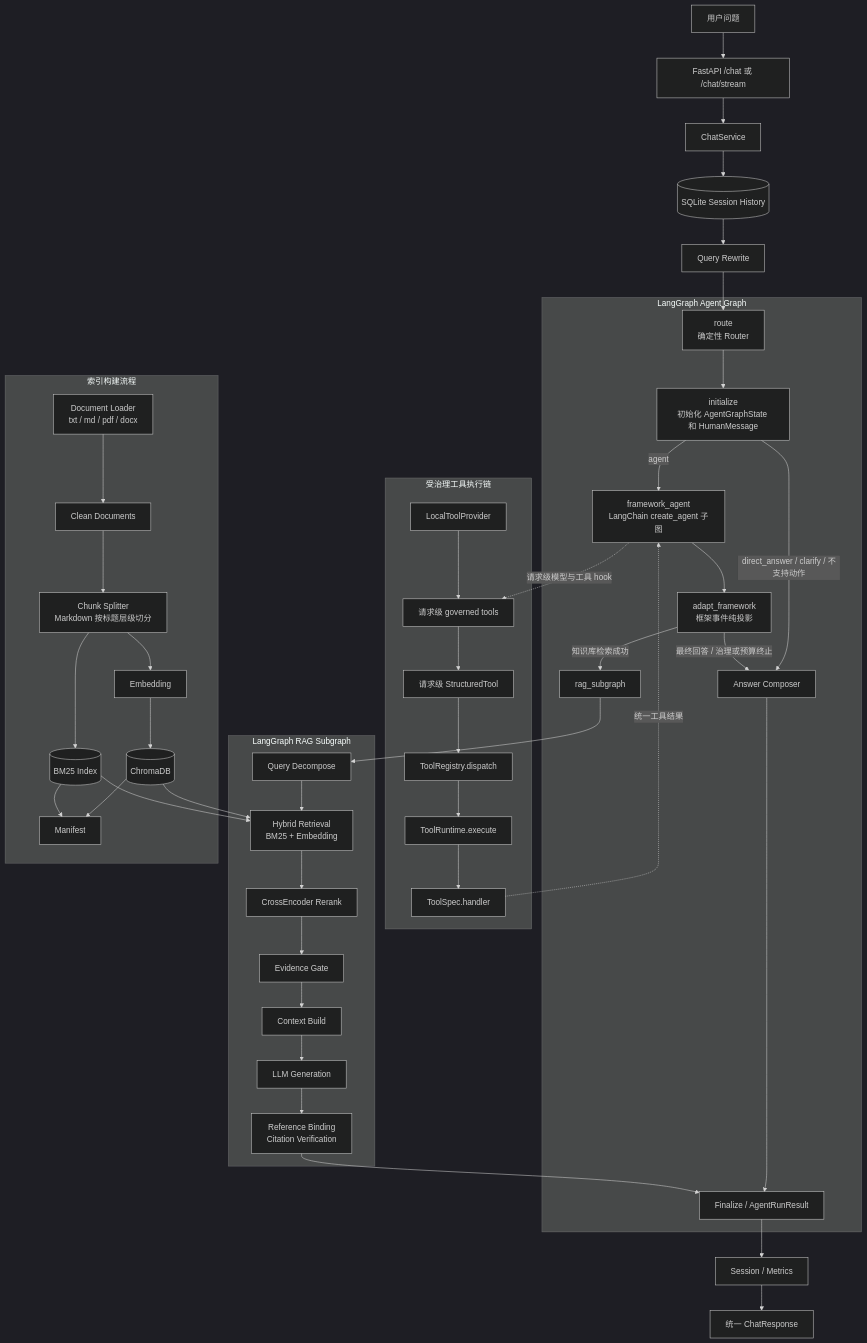
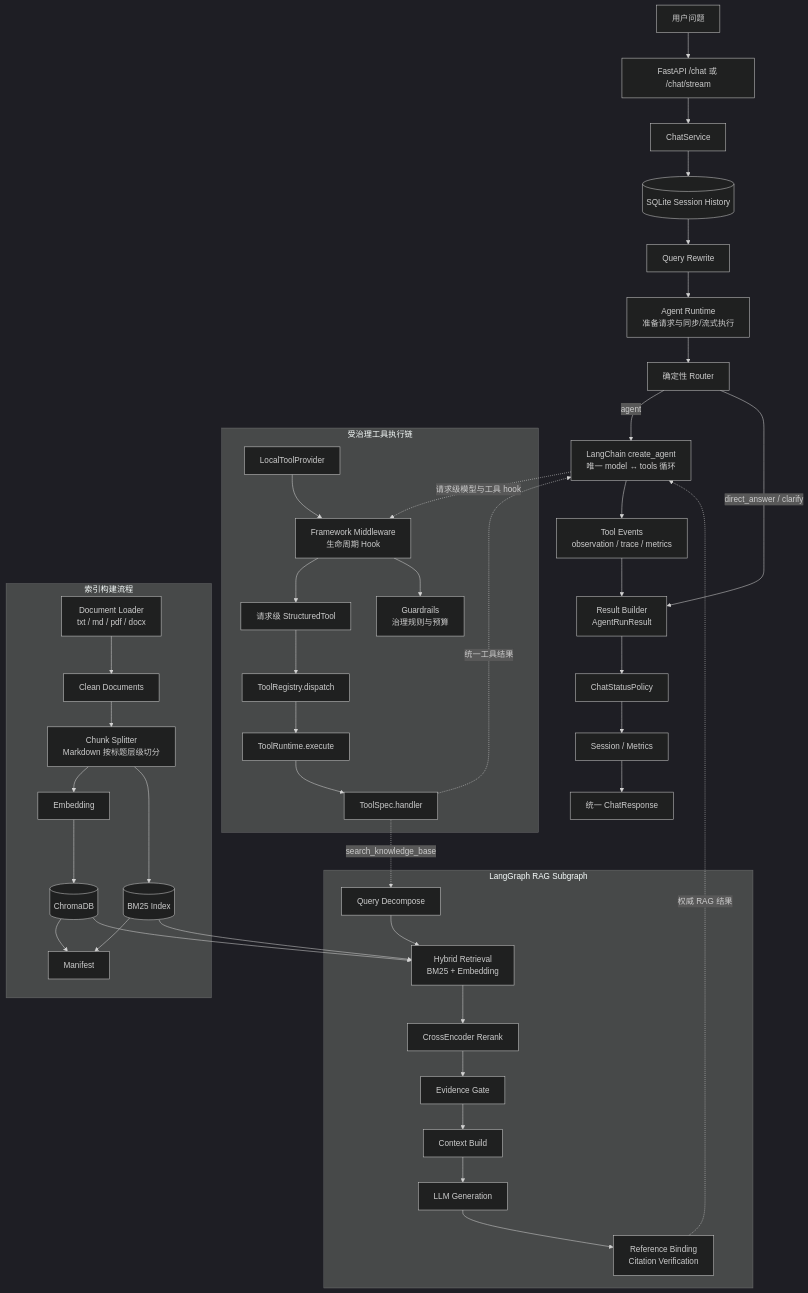
Before and after one commit to LiBoEN123/rag-agent-qa-system: the diagram in README.md, drawn with Mermaid (dark theme). The commit also changed other lines of this file and 19 other files, not shown here.

Commit message:
收紧 Agent Runtime，消除循环依赖，统一 Result 边界

````diff
--- a/README.md
+++ b/README.md
@@ -38,27 +38,10 @@
     Service --> History[(SQLite Session History)]
     History --> Rewrite[Query Rewrite]
 
-    subgraph AgentGraph[LangGraph Agent Graph]
-        Router[route<br/>确定性 Router]
-        Initialize[initialize<br/>初始化 AgentGraphState 和 HumanMessage]
-        FrameworkAgent[framework_agent<br/>LangChain create_agent 子图]
-        FrameworkAdapt[adapt_framework<br/>框架事件纯投影]
-        RAGEntry[rag_subgraph]
-        Composer[Answer Composer]
-        Finalize[Finalize / AgentRunResult]
-
-        Router --> Initialize
-        Initialize -->|agent| FrameworkAgent
-        Initialize -->|direct_answer / clarify / 不支持动作| Composer
-
-        FrameworkAgent --> FrameworkAdapt
-        FrameworkAdapt -->|知识库检索成功| RAGEntry
-        FrameworkAdapt -->|最终回答 / 治理或预算终止| Composer
-
-        Composer --> Finalize
-    end
-
-    Rewrite --> Router
+    Rewrite --> AgentRuntime[Agent Runtime<br/>准备请求与同步/流式执行]
+    AgentRuntime --> Router[确定性 Router]
+    Router -->|agent| FrameworkAgent[LangChain create_agent<br/>唯一 model ↔ tools 循环]
+    Router -->|direct_answer / clarify| Results[Result Builder<br/>AgentRunResult]
 
     subgraph ToolRuntime[受治理工具执行链]
         Provider[LocalToolProvider]
@@ -67,17 +50,21 @@
         Runtime[ToolRuntime.execute]
         Handler[ToolSpec.handler]
 
-        Middleware[请求级 governed tools]
+        Middleware[Framework Middleware<br/>生命周期 Hook]
+        Guardrails[Guardrails<br/>治理规则与预算]
 
         Provider --> Middleware
         Middleware --> StructuredTool
         StructuredTool --> Registry
         Registry --> Runtime
         Runtime --> Handler
+        Middleware --> Guardrails
     end
 
     FrameworkAgent -. 请求级模型与工具 hook .-> Middleware
     Handler -. 统一工具结果 .-> FrameworkAgent
+    FrameworkAgent --> Events[Tool Events<br/>observation / trace / metrics]
+    Events --> Results
 
     subgraph RAGGraph[LangGraph RAG Subgraph]
         Decompose[Query Decompose]
@@ -96,8 +83,8 @@
         Generation --> Citations
     end
 
-    RAGEntry --> Decompose
-    Citations --> Finalize
+    Handler -. search_knowledge_base .-> Decompose
+    Citations -. 权威 RAG 结果 .-> FrameworkAgent
 
     subgraph Indexing[索引构建流程]
         Loader[Document Loader<br/>txt / md / pdf / docx]
@@ -119,6 +106,7 @@
 
     Chroma --> Retrieval
     BM25 --> Retrieval
-    Finalize --> Store[Session / Metrics]
+    Results --> Policy[ChatStatusPolicy]
+    Policy --> Store[Session / Metrics]
     Store --> Response[统一 ChatResponse]
 ```
````
